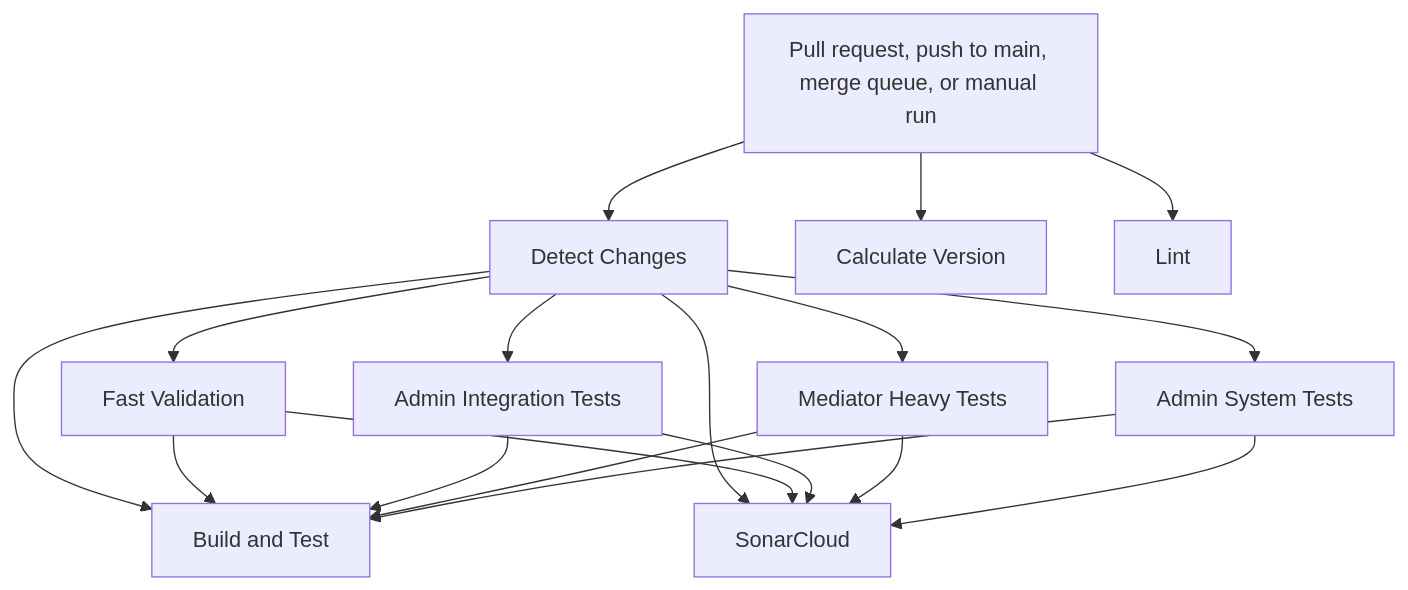
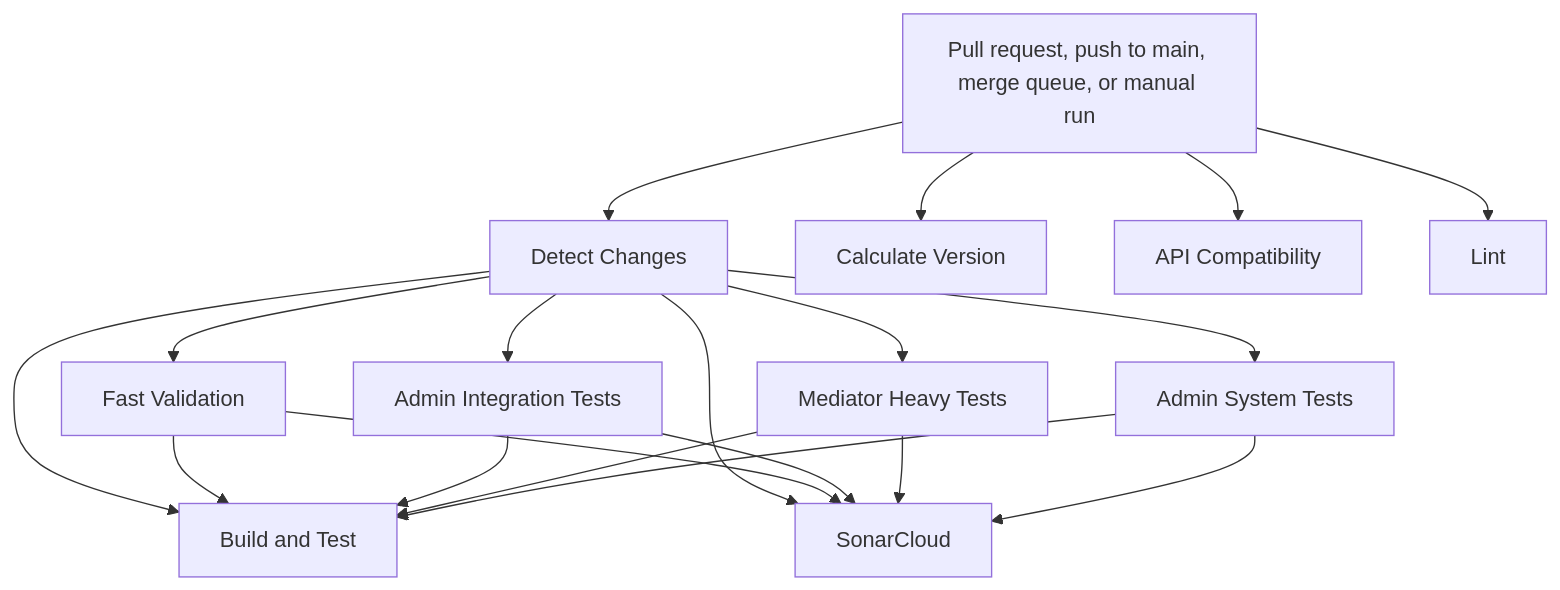
One commit to danigutsch/ViajantesTurismo changed the first of 3 diagrams in docs/architecture/ci-validation-flows.md. Above: the diagram before and after it, drawn with Mermaid. The commit also changed 4 other files, not shown here.

Commit message:
ci(api): add compatibility gate reports

````diff
--- a/docs/architecture/ci-validation-flows.md
+++ b/docs/architecture/ci-validation-flows.md
@@ -13,30 +13,32 @@
 ```mermaid
 flowchart TB
     trigger[Pull request, push to main, merge queue, or manual run]
     detect_changes[Detect Changes]
     calculate_version[Calculate Version]
     fast_validation[Fast Validation]
     admin_integration_tests[Admin Integration Tests]
     mediator_heavy_tests[Mediator Heavy Tests]
     admin_system_tests[Admin System Tests]
     build_and_test[Build and Test]
+    api_compatibility[API Compatibility]
     sonarcloud[SonarCloud]
     lint[Lint]
     trigger --> detect_changes
     trigger --> calculate_version
     detect_changes --> fast_validation
     detect_changes --> admin_integration_tests
     detect_changes --> mediator_heavy_tests
     detect_changes --> admin_system_tests
     detect_changes --> build_and_test
     fast_validation --> build_and_test
     admin_integration_tests --> build_and_test
     mediator_heavy_tests --> build_and_test
     admin_system_tests --> build_and_test
+    trigger --> api_compatibility
     detect_changes --> sonarcloud
     fast_validation --> sonarcloud
     admin_integration_tests --> sonarcloud
     mediator_heavy_tests --> sonarcloud
     admin_system_tests --> sonarcloud
     trigger --> lint
 ```
````
